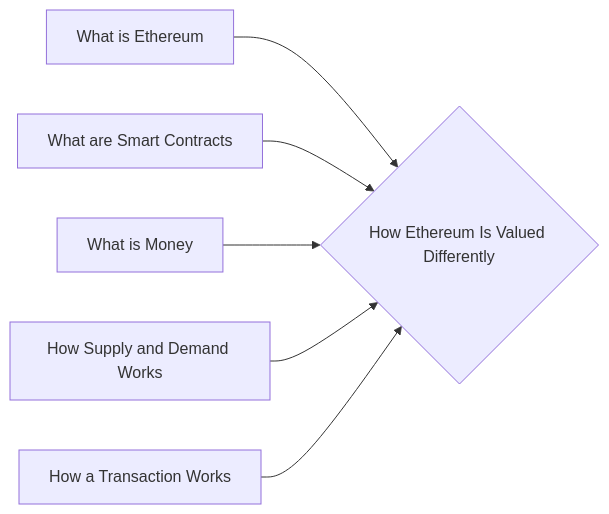
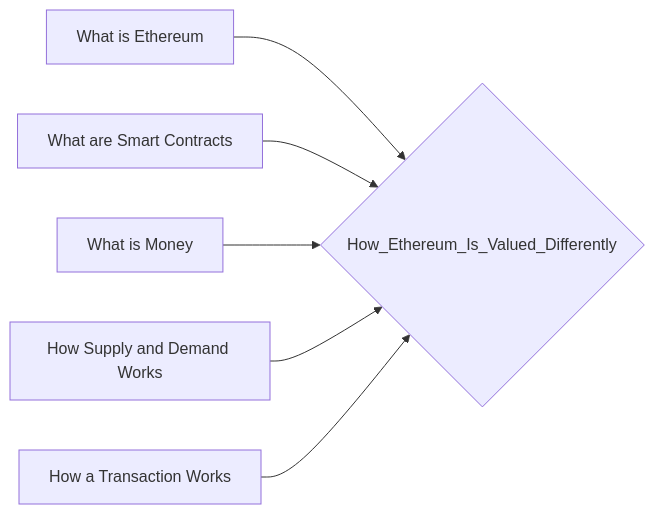
The diagram in notes/How_Ethereum_Is_Valued_Differently.md (lpurdy01/crypto-knowledge-map), drawn with Mermaid before and after one commit. The commit also changed 161 other files, not shown here.

````diff
--- a/notes/How_Ethereum_Is_Valued_Differently.md
+++ b/notes/How_Ethereum_Is_Valued_Differently.md
@@ -18,8 +18,8 @@
 ```mermaid
 graph LR
-1["What is Ethereum"]-->0{"How Ethereum Is Valued Differently"}
-2["What are Smart Contracts"]-->0{"How Ethereum Is Valued Differently"}
-3["What is Money"]-->0{"How Ethereum Is Valued Differently"}
-4["How Supply and Demand Works"]-->0{"How Ethereum Is Valued Differently"}
-5["How a Transaction Works"]-->0{"How Ethereum Is Valued Differently"}
+1["What is Ethereum"]-->0{"How_Ethereum_Is_Valued_Differently"}
+2["What are Smart Contracts"]-->0{"How_Ethereum_Is_Valued_Differently"}
+3["What is Money"]-->0{"How_Ethereum_Is_Valued_Differently"}
+4["How Supply and Demand Works"]-->0{"How_Ethereum_Is_Valued_Differently"}
+5["How a Transaction Works"]-->0{"How_Ethereum_Is_Valued_Differently"}
 ```
````
